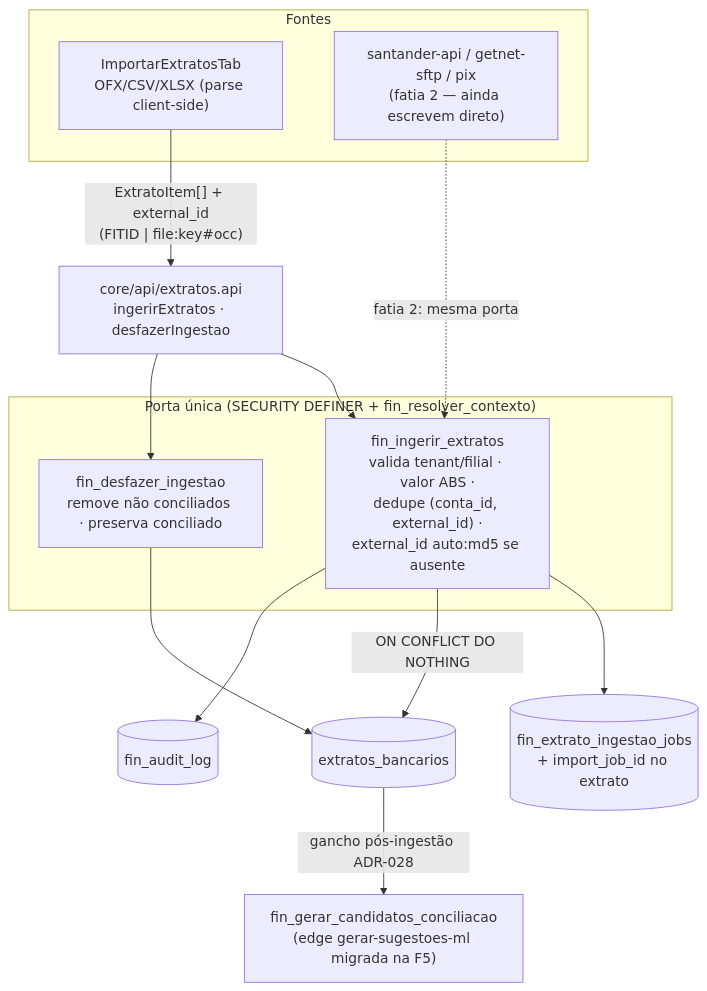
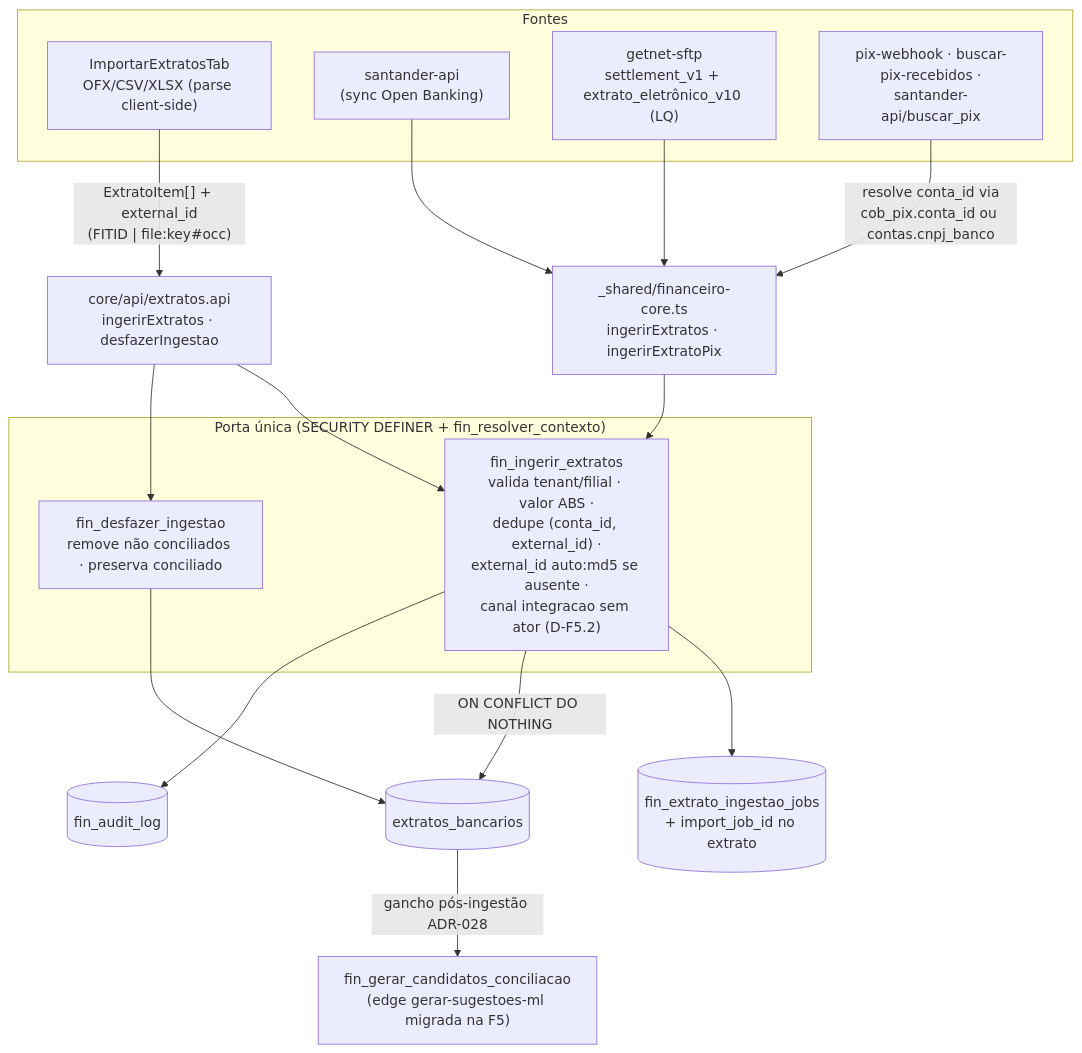
The diagram in docs/diagramas/exports/fluxo-financeiro_7.mmd (adrianoapc/igreja-carvalho), drawn with Mermaid before and after one commit. The commit also changed 26 other files, not shown here.

Commit message:
chore(diagrams): export mermaid PNGs

```diff
--- a/docs/diagramas/exports/fluxo-financeiro_7.mmd
+++ b/docs/diagramas/exports/fluxo-financeiro_7.mmd
@@ -1,23 +1,29 @@
 flowchart TD
     subgraph SRC["Fontes"]
         OFX["ImportarExtratosTab\nOFX/CSV/XLSX (parse client-side)"]
-        SAN["santander-api / getnet-sftp / pix\n(fatia 2 — ainda escrevem direto)"]
+        SAN["santander-api\n(sync Open Banking)"]
+        GET["getnet-sftp\nsettlement_v1 + extrato_eletrônico_v10 (LQ)"]
+        PIX["pix-webhook · buscar-pix-recebidos ·\nsantander-api/buscar_pix"]
     end
 
     EAPI["core/api/extratos.api\ningerirExtratos · desfazerIngestao"]
+    SHIM["_shared/financeiro-core.ts\ningerirExtratos · ingerirExtratoPix"]
     OFX -->|"ExtratoItem[] + external_id\n(FITID | file:key#occ)"| EAPI
+    SAN --> SHIM
+    GET --> SHIM
+    PIX -->|"resolve conta_id via\ncob_pix.conta_id ou contas.cnpj_banco"| SHIM
 
     subgraph RPC["Porta única (SECURITY DEFINER + fin_resolver_contexto)"]
-        ING["fin_ingerir_extratos\nvalida tenant/filial · valor ABS ·\ndedupe (conta_id, external_id) ·\nexternal_id auto:md5 se ausente"]
+        ING["fin_ingerir_extratos\nvalida tenant/filial · valor ABS ·\ndedupe (conta_id, external_id) ·\nexternal_id auto:md5 se ausente ·\ncanal integracao sem ator (D-F5.2)"]
         UNDO["fin_desfazer_ingestao\nremove não conciliados · preserva conciliado"]
     end
     EAPI --> ING
     EAPI --> UNDO
+    SHIM --> ING
 
     ING --> JOB[(fin_extrato_ingestao_jobs\n+ import_job_id no extrato)]
     ING -->|ON CONFLICT DO NOTHING| EXT[(extratos_bancarios)]
     ING --> AUD[(fin_audit_log)]
     UNDO --> EXT
 
-    SAN -.->|fatia 2: mesma porta| ING
     EXT -->|gancho pós-ingestão ADR-028| SCORE["fin_gerar_candidatos_conciliacao\n(edge gerar-sugestoes-ml migrada na F5)"]
```
